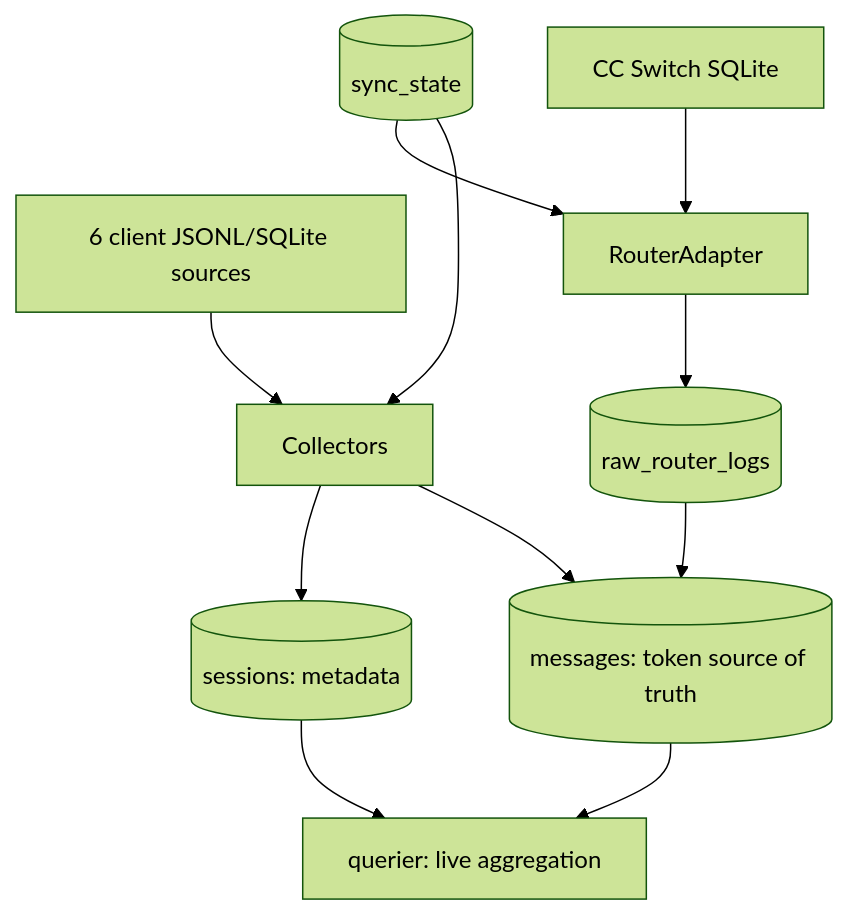
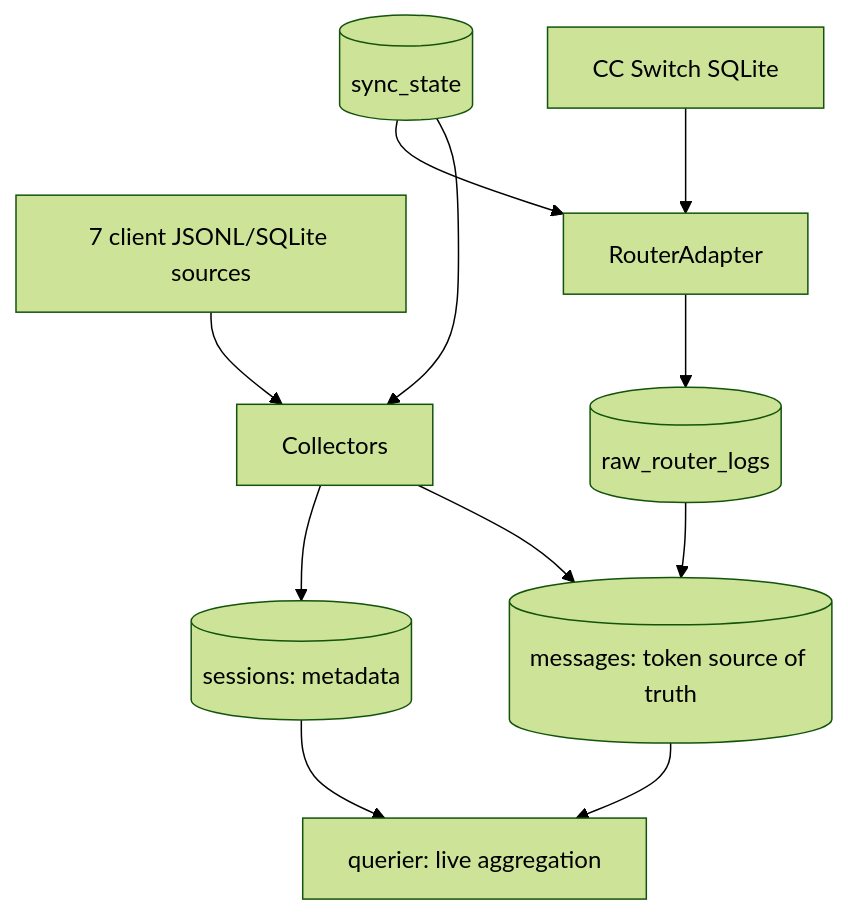
One commit to YuLaiZ/token-usage changed the diagram in docs/architecture.md. Above: the diagram before and after it, drawn with Mermaid (forest theme). The commit also changed other lines of this file and 28 other files, not shown here.

````diff
--- a/docs/architecture.md
+++ b/docs/architecture.md
@@ -72,13 +73,13 @@
 ```mermaid
 graph TB
-    A["6 client JSONL/SQLite sources"] --> C[Collectors]
+    A["7 client JSONL/SQLite sources"] --> C[Collectors]
     R["CC Switch SQLite"] --> RA[RouterAdapter]
     C --> M[("messages: token source of truth")]
     C --> S[("sessions: metadata")]
     RA --> RR[(raw_router_logs)]
     RR --> M
     M --> Q["querier: live aggregation"]
     S --> Q
     SS[(sync_state)] --> C
     SS --> RA
 ```
````
